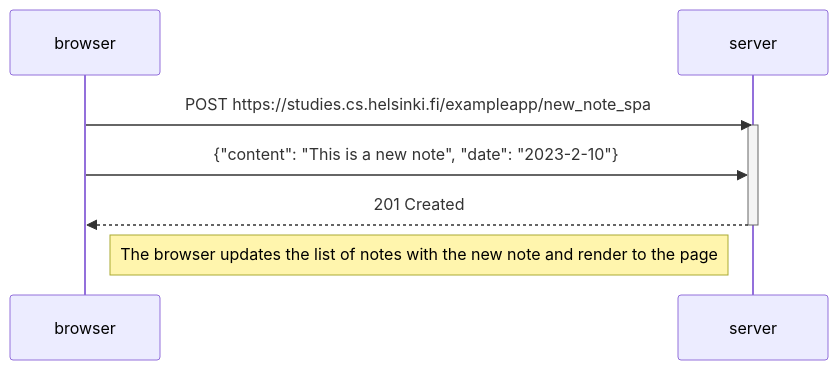
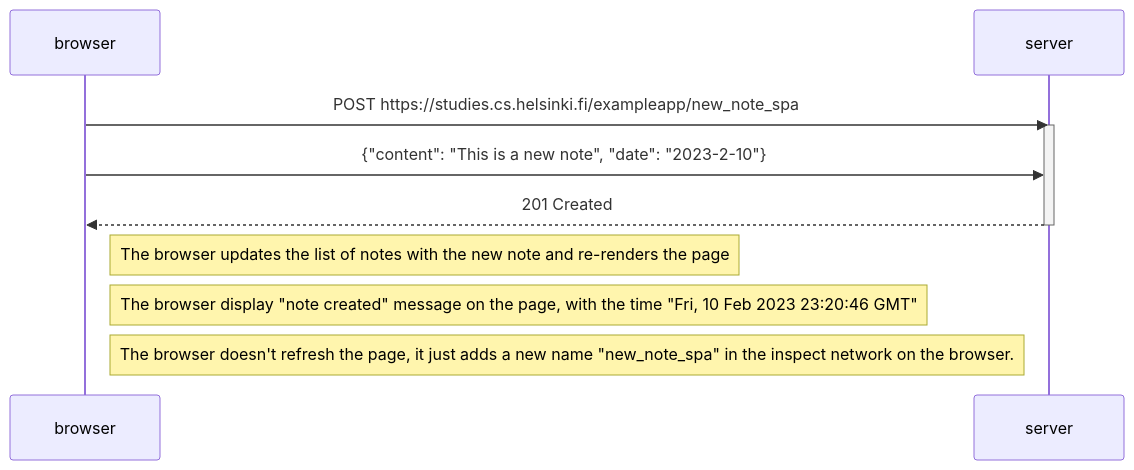
One commit to TuanDao-0110/Full_Stack_Open changed the diagram in part0/0.6 new note/README.md. Above: the diagram before and after it, drawn with Mermaid. The commit also changed 1 other file, not shown here.

Commit message:
update diagram

````diff
--- a/part0/0.6 new note/README.md
+++ b/part0/0.6 new note/README.md
@@ -1,13 +1,16 @@
 ```mermaid
 sequenceDiagram
     participant browser
     participant server
-    
+
     browser->>server: POST https://studies.cs.helsinki.fi/exampleapp/new_note_spa
     activate server
     browser->>server: {"content": "This is a new note", "date": "2023-2-10"}
     server-->>browser: 201 Created
     deactivate server
-    
-    Note right of browser: The browser updates the list of notes with the new note and render to the page 
+
+   Note right of browser: The browser updates the list of notes with the new note and re-renders the page
+Note right of browser: The browser display "note created" message on the page, with the time "Fri, 10 Feb 2023 23:20:46 GMT"
+Note right of browser: The browser doesn't refresh the page, it just adds a new name "new_note_spa" in the inspect network on the browser.
+
 ```
````
